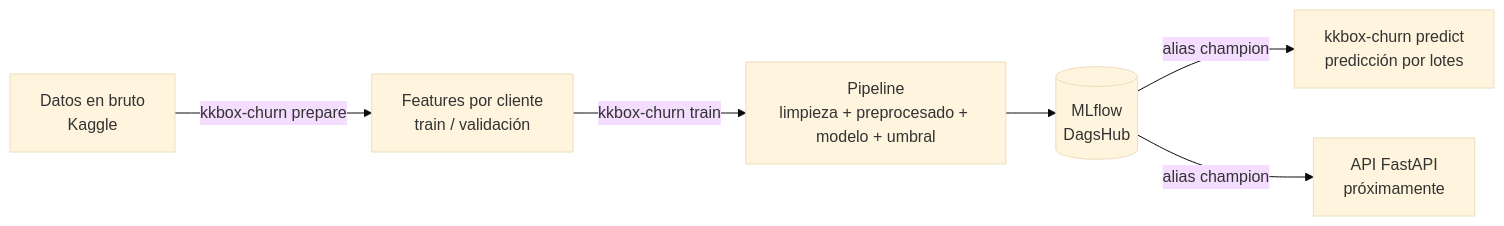
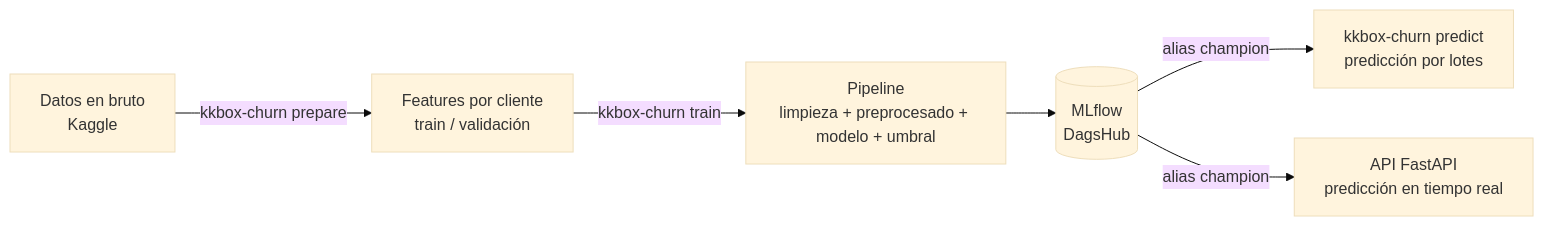
One commit to gloriadrm/kkbox-churn-prediction changed the diagram in README.md. Above: the diagram before and after it, drawn with Mermaid (base theme). The commit also changed other lines of this file and 2 other files, not shown here.

````diff
--- a/README.md
+++ b/README.md
@@ -45,8 +45,8 @@
 ```mermaid
 flowchart LR
     A[Datos en bruto<br/>Kaggle] -->|kkbox-churn prepare| B[Features por cliente<br/>train / validación]
     B -->|kkbox-churn train| C[Pipeline<br/>limpieza + preprocesado + modelo + umbral]
     C --> D[(MLflow<br/>DagsHub)]
     D -->|alias champion| E[kkbox-churn predict<br/>predicción por lotes]
-    D -->|alias champion| F[API FastAPI<br/>próximamente]
+    D -->|alias champion| F[API FastAPI<br/>predicción en tiempo real]
 ```
````
